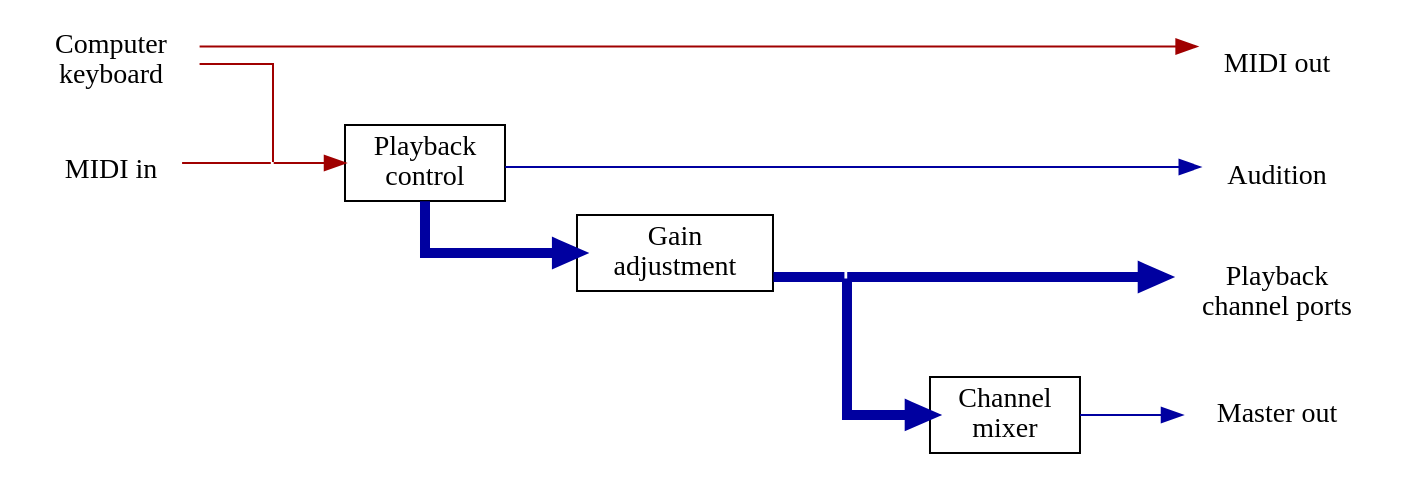
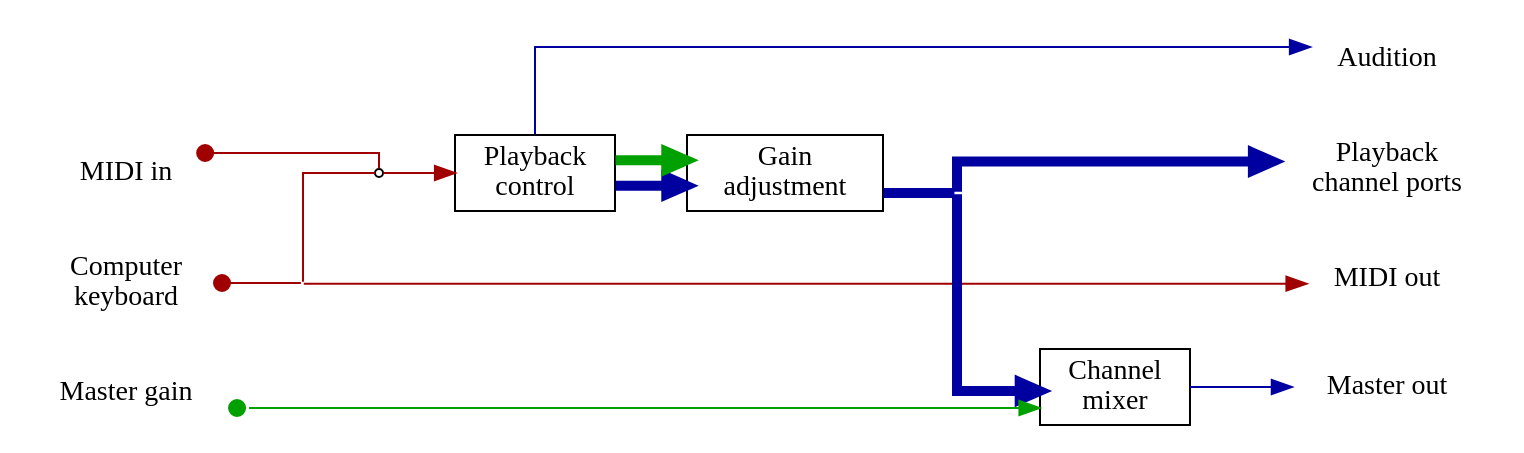
Before and after one commit to milasudril/anja: the diagram in doc/signalflow.dot, drawn with Graphviz.

Commit message:
Add dots for input points

```diff
--- a/doc/signalflow.dot
+++ b/doc/signalflow.dot
@@ -1,30 +1,38 @@
 digraph "signalflow"
 	{
 	rankdir="LR"
 	splines=ortho
 	node[shape="box"];
 	edge[color="#a00000"]
 	"Computer\nkeyboard"[shape=none]
-	"Computer\nkeyboard"->junction_0[arrowhead=none]
-	"Computer\nkeyboard"->"MIDI out"
+	"Computer\nkeyboard"->junction_2[arrowhead=none,arrowtail=dot,dir=both]
+	"junction_2"->"MIDI out"
+	"junction_2"->"junction_0"[arrowhead=none]
+	"MIDI in"->junction_0[style=invis]
 	dummy_0->"MIDI out"[style=invis]
 	"MIDI out"[shape=none]
-	"MIDI in"->junction_0[arrowhead=none]
+	"MIDI in"->junction_0[arrowhead=none,arrowtail=dot,dir=both]
 	"MIDI in"[shape=none]
 	"junction_0"->"Playback\ncontrol"
 	"Playback\ncontrol"->"Gain\nadjustment"[penwidth = 5,color="#0000a0"]
 	"Audition"[shape=none]
 	"Playback\ncontrol"->"Audition"[color="#0000a0"]
+	"Playback\ncontrol"->"Gain\nadjustment"[penwidth = 5,color="#00a000"]
 	"Gain\nadjustment"->"junction_1"[penwidth = 5,color="#0000a0",arrowhead=none]
 	"junction_1"->"Channel\nmixer"[penwidth = 5,color="#0000a0"]
 	"junction_1"->"Playback\nchannel ports"[penwidth = 5,color="#0000a0"]
 	"junction_1"->dummy_0[style=invis]
 	dummy_0->"Playback\nchannel ports"[style=invis]
 	dummy_0->"Audition"[style=invis]
-	dummy_0[style="invis"]
+	dummy_0[style=invis,width=0.0,height=0.0]
+	"Master gain"->"Channel\nmixer"[color="#00a000",arrowtail=normal,arrowhead=dot,dir=both]
 	"Master out"[shape=none]
 	"junction_1"[style=invis,label="",fixedsize=true,width=0,height=0]
-	"junction_0"[style=invis,label="",fixedsize=true,width=0,height=0]
+	"junction_2"[style=invis,label="",fixedsize=true,width=0,height=0]
+	"junction_0"[shape=oval,label="",fixedsize=true,width=0.05,height=0.05]
 	"Playback\nchannel ports"[shape=none]
 	"Channel\nmixer"->"Master out"[color="#0000a0"]
+	"Master gain"[shape=none]
+	"Master gain"->junction_2[style=invis]
+	"MIDI in"->junction_2[style=invis]
 	}
```
